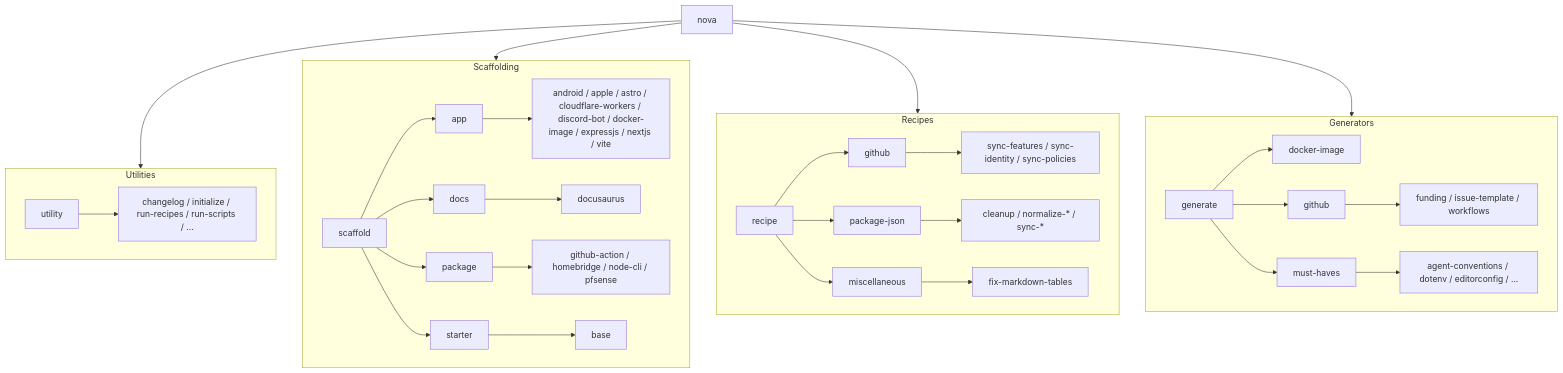
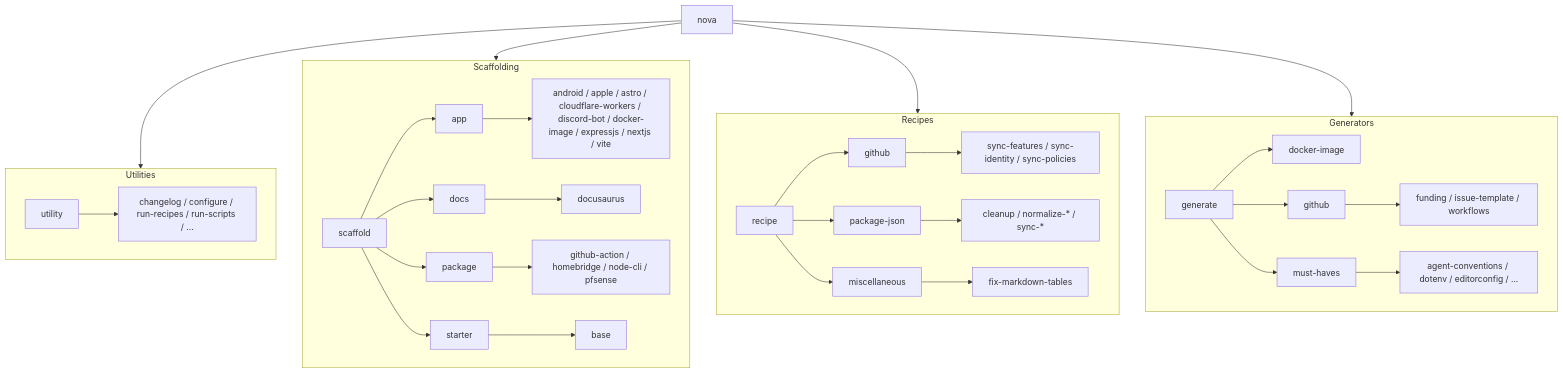
Before and after one commit to cbnventures/nova: the diagram in apps/docs/docs/cli/index.mdx, drawn with Mermaid. The commit also changed other lines of this file and 268 other files, not shown here.

Commit message:
Add role-based TypeScript presets, unify transpilation, harden scaffold and release validation, and add Mermaid controls

````diff
--- a/apps/docs/docs/cli/index.mdx
+++ b/apps/docs/docs/cli/index.mdx
@@ -61,34 +61,34 @@
 ```mermaid
 flowchart TD
     CLI[nova] --> GEN[generate]
     CLI --> RCP[recipe]
     CLI --> SCAF[scaffold]
     CLI --> UTIL[utility]
 
     subgraph Generators
         direction LR
         GEN --> DOCKERGEN[docker-image]
         GEN --> GH[github] --> GH1[funding / issue-template / workflows]
         GEN --> MUST[must-haves] --> MUST1[agent-conventions / dotenv / editorconfig / ...]
     end
 
     subgraph Recipes
         direction LR
         RCP --> GHR[github] --> GHR1[sync-features / sync-identity / sync-policies]
         RCP --> PKG[package-json] --> PKG1[cleanup / normalize-* / sync-*]
         RCP --> MISC[miscellaneous] --> MISC1[fix-markdown-tables]
     end
 
     subgraph Scaffolding
         direction LR
         SCAF --> APP[app] --> APP1[android / apple / astro / cloudflare-workers / discord-bot / docker-image / expressjs / nextjs / vite]
         SCAF --> DOCS[docs] --> DOCS1[docusaurus]
         SCAF --> PACKAGE[package] --> PACKAGE1[github-action / homebridge / node-cli / pfsense]
         SCAF --> START[starter] --> START1[base]
     end
 
     subgraph Utilities
         direction LR
-        UTIL --> UTIL1[changelog / initialize / run-recipes / run-scripts / ...]
+        UTIL --> UTIL1[changelog / configure / run-recipes / run-scripts / ...]
     end
 ```
````
